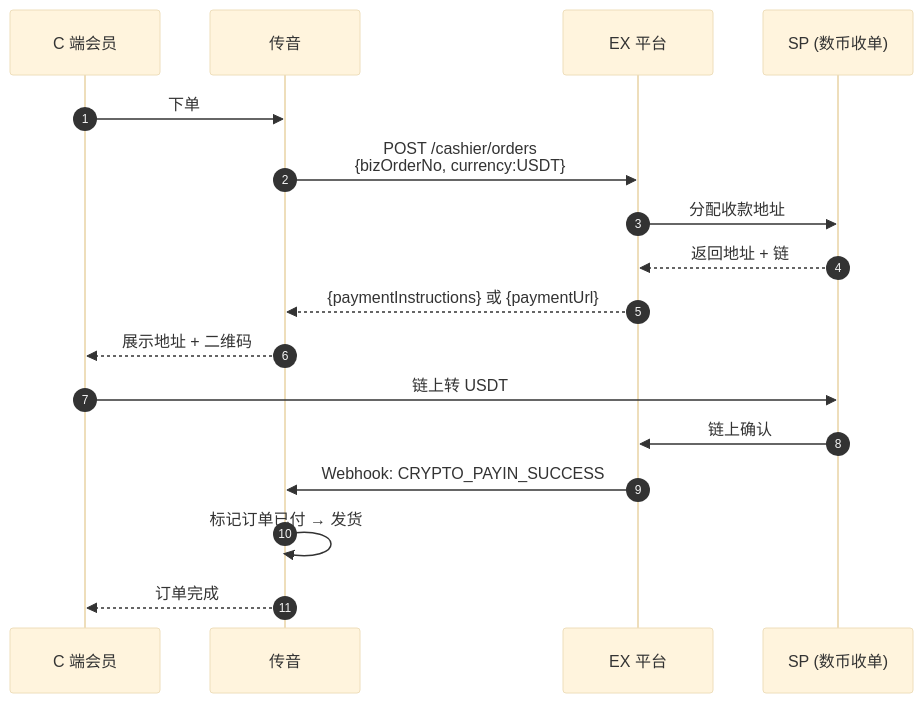
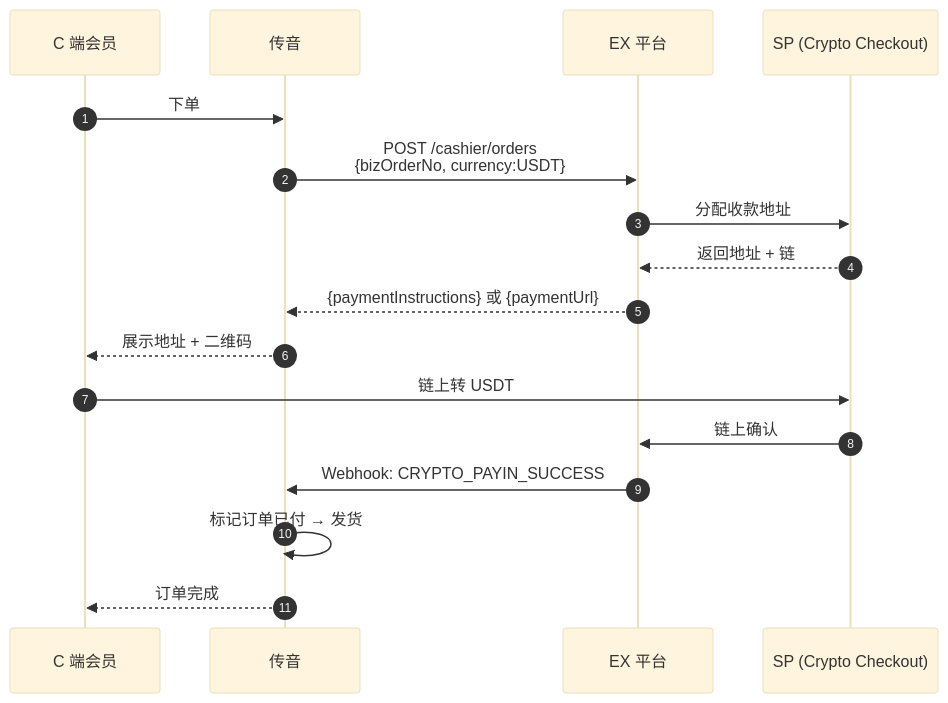
Before and after one commit to xiaoxiaoangie/EX-NEW: the second of 2 diagrams in Solutions/solutions/TE-solution/transsion-solutions.md, drawn with Mermaid (base theme). The commit also changed other lines of this file and 39 other files, not shown here.

````diff
--- a/Solutions/solutions/TE-solution/transsion-solutions.md
+++ b/Solutions/solutions/TE-solution/transsion-solutions.md
@@ -203,21 +203,21 @@
 ```mermaid
 sequenceDiagram
     autonumber
     participant C as C 端会员
     participant TX as 传音
     participant EX as EX 平台
-    participant SP as SP (数币收单)
+    participant SP as SP (Crypto Checkout)
 
     C->>TX: 下单
     TX->>EX: POST /cashier/orders<br/>{bizOrderNo, currency:USDT}
     EX->>SP: 分配收款地址
     SP-->>EX: 返回地址 + 链
     EX-->>TX: {paymentInstructions} 或 {paymentUrl}
     TX-->>C: 展示地址 + 二维码
 
     C->>SP: 链上转 USDT
     SP->>EX: 链上确认
     EX->>TX: Webhook: CRYPTO_PAYIN_SUCCESS
     TX->>TX: 标记订单已付 → 发货
     TX-->>C: 订单完成
 ```
````
